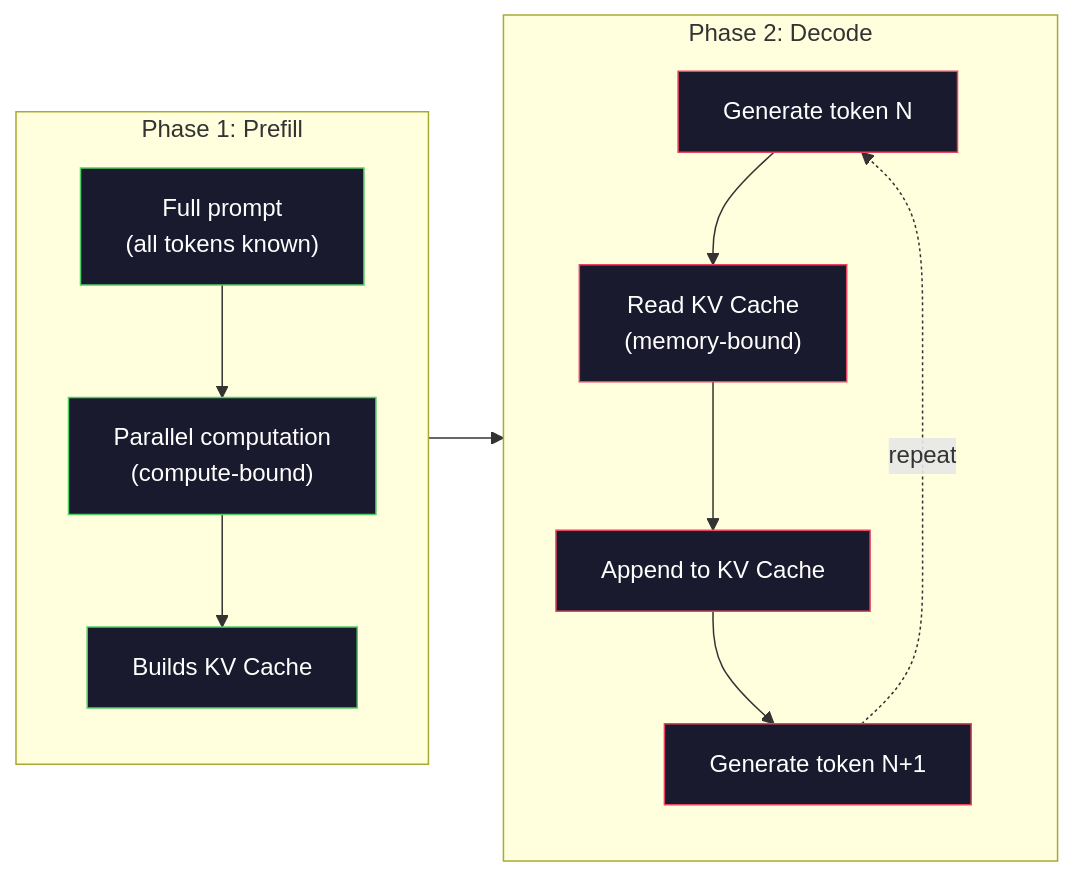
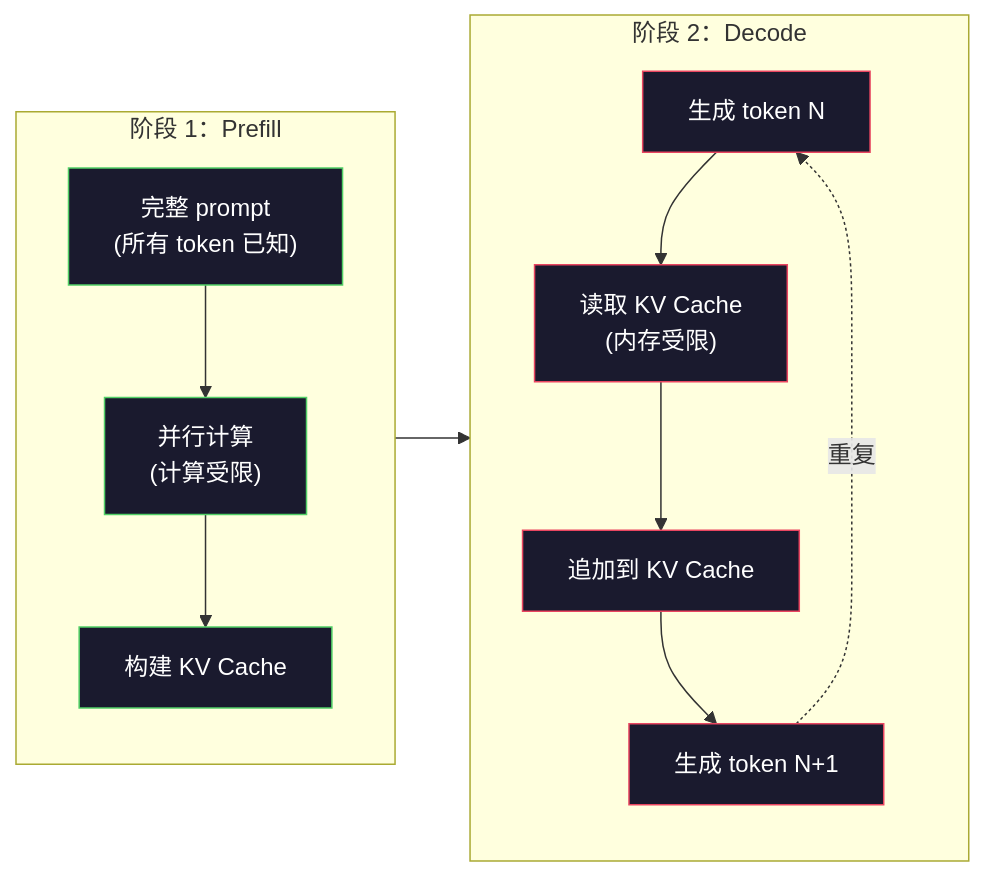
The third of 3 diagrams in phases/10-llms-from-scratch/04-pre-training-mini-gpt/docs/zh.md (JerryC8080/ai-engineering-from-scratch-zh), drawn with Mermaid before and after one commit. The commit also changed other lines of this file and 156 other files, not shown here.

First line of the commit message:
i18n(zh): translate mermaid diagram labels in 157 lesson zh.md

````diff
--- a/phases/10-llms-from-scratch/04-pre-training-mini-gpt/docs/zh.md
+++ b/phases/10-llms-from-scratch/04-pre-training-mini-gpt/docs/zh.md
@@ -166,30 +166,30 @@
 ```mermaid
 graph LR
-    subgraph Prefill["Phase 1: Prefill"]
+    subgraph Prefill["阶段 1：Prefill"]
         direction TB
-        P1["Full prompt\n(all tokens known)"]
-        P2["Parallel computation\n(compute-bound)"]
-        P3["Builds KV Cache"]
+        P1["完整 prompt\n(所有 token 已知)"]
+        P2["并行计算\n(计算受限)"]
+        P3["构建 KV Cache"]
         P1 --> P2 --> P3
     end
 
-    subgraph Decode["Phase 2: Decode"]
+    subgraph Decode["阶段 2：Decode"]
         direction TB
-        D1["Generate token N"]
-        D2["Read KV Cache\n(memory-bound)"]
-        D3["Append to KV Cache"]
-        D4["Generate token N+1"]
+        D1["生成 token N"]
+        D2["读取 KV Cache\n(内存受限)"]
+        D3["追加到 KV Cache"]
+        D4["生成 token N+1"]
         D1 --> D2 --> D3 --> D4
-        D4 -.->|repeat| D1
+        D4 -.->|重复| D1
     end
 
     Prefill --> Decode
 
     style P1 fill:#1a1a2e,stroke:#51cf66,color:#fff
     style P2 fill:#1a1a2e,stroke:#51cf66,color:#fff
     style P3 fill:#1a1a2e,stroke:#51cf66,color:#fff
     style D1 fill:#1a1a2e,stroke:#e94560,color:#fff
     style D2 fill:#1a1a2e,stroke:#e94560,color:#fff
     style D3 fill:#1a1a2e,stroke:#e94560,color:#fff
     style D4 fill:#1a1a2e,stroke:#e94560,color:#fff
 ```
````
